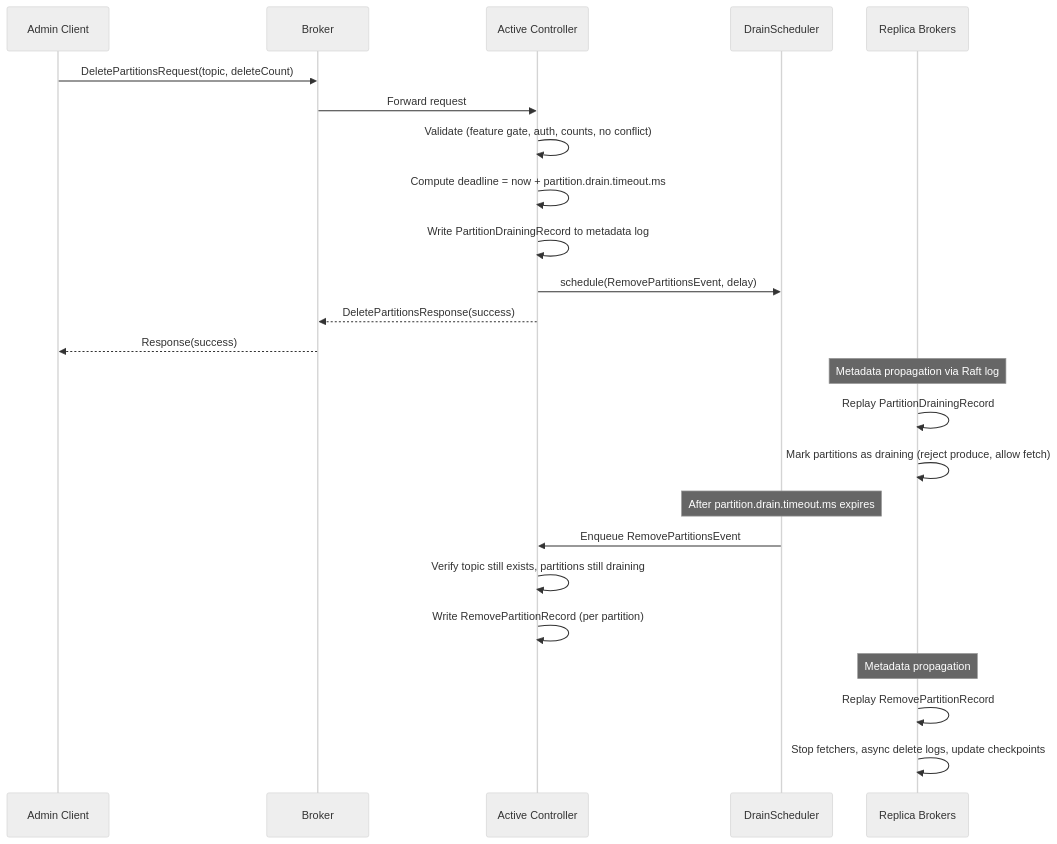
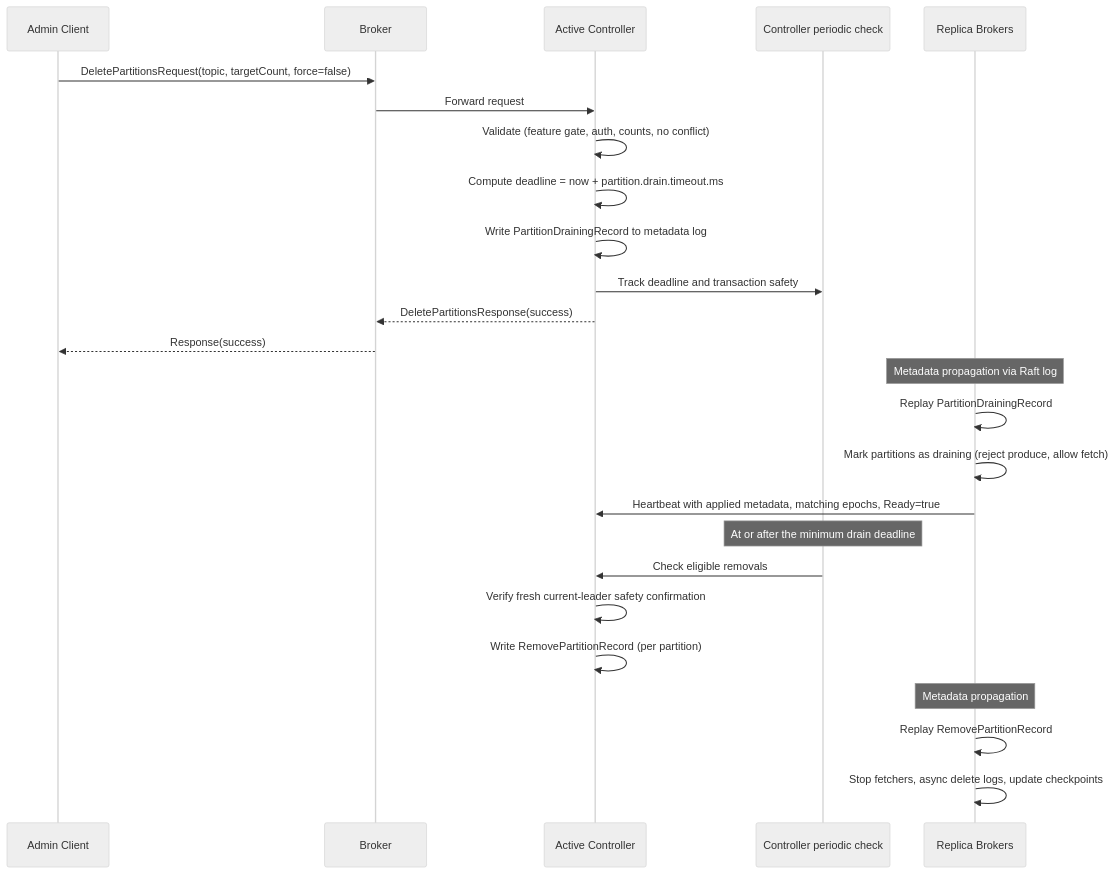
The fifth of 11 diagrams in docs/superpowers/specs/2026-07-15-delete-partitions-design.md (m1a2st/kafka), drawn with Mermaid (neutral theme) before and after one commit. The commit also changed other lines of this file and 3 other files, not shown here.

First line of the commit message:
MINOR: Document transaction-safe partition deletion and review verification

````diff
--- a/docs/superpowers/specs/2026-07-15-delete-partitions-design.md
+++ b/docs/superpowers/specs/2026-07-15-delete-partitions-design.md
@@ -982,30 +880,31 @@
 ```mermaid
 sequenceDiagram
     participant Client as Admin Client
     participant Broker as Broker
     participant Controller as Active Controller
-    participant Scheduler as DrainScheduler
+    participant Scheduler as Controller periodic check
     participant Replicas as Replica Brokers
 
-    Client->>Broker: DeletePartitionsRequest(topic, deleteCount)
+    Client->>Broker: DeletePartitionsRequest(topic, targetCount, force=false)
     Broker->>Controller: Forward request
     Controller->>Controller: Validate (feature gate, auth, counts, no conflict)
     Controller->>Controller: Compute deadline = now + partition.drain.timeout.ms
     Controller->>Controller: Write PartitionDrainingRecord to metadata log
-    Controller->>Scheduler: schedule(RemovePartitionsEvent, delay)
+    Controller->>Scheduler: Track deadline and transaction safety
     Controller-->>Broker: DeletePartitionsResponse(success)
     Broker-->>Client: Response(success)
 
     Note over Replicas: Metadata propagation via Raft log
     Replicas->>Replicas: Replay PartitionDrainingRecord
     Replicas->>Replicas: Mark partitions as draining (reject produce, allow fetch)
 
-    Note over Scheduler: After partition.drain.timeout.ms expires
-    Scheduler->>Controller: Enqueue RemovePartitionsEvent
-    Controller->>Controller: Verify topic still exists, partitions still draining
+    Replicas->>Controller: Heartbeat with applied metadata, matching epochs, Ready=true
+    Note over Scheduler: At or after the minimum drain deadline
+    Scheduler->>Controller: Check eligible removals
+    Controller->>Controller: Verify fresh current-leader safety confirmation
     Controller->>Controller: Write RemovePartitionRecord (per partition)
 
     Note over Replicas: Metadata propagation
     Replicas->>Replicas: Replay RemovePartitionRecord
     Replicas->>Replicas: Stop fetchers, async delete logs, update checkpoints
 ```
````
